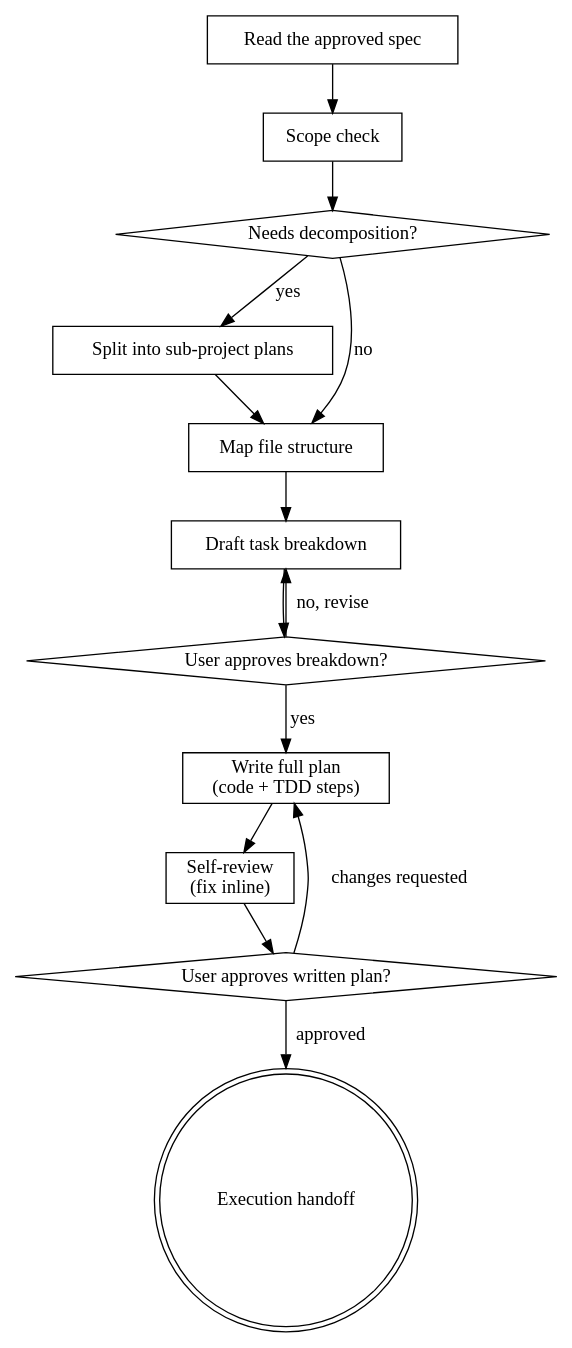
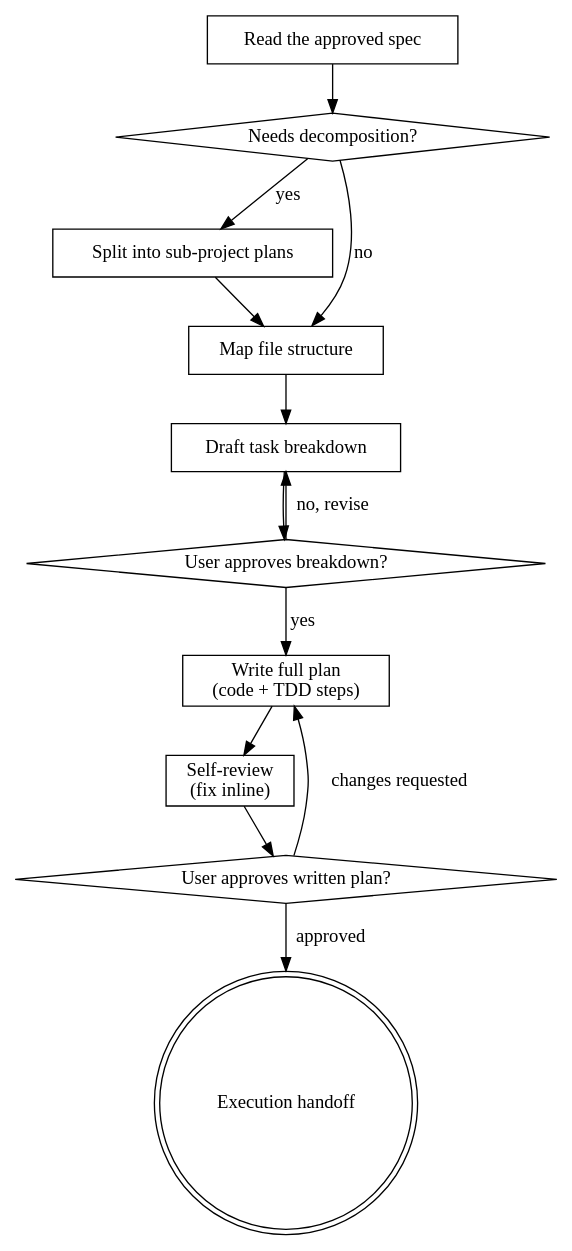
The diagram in .claude/skills/writing-plans/SKILL.md (vikasvijigiri/capability-layer), drawn with Graphviz before and after one commit. The commit also changed other lines of this file and 210 other files, not shown here.

````diff
--- a/.claude/skills/writing-plans/SKILL.md
+++ b/.claude/skills/writing-plans/SKILL.md
@@ -64,29 +204,27 @@
 ```dot
 digraph writing_plans {
     "Read the approved spec" [shape=box];
-    "Scope check" [shape=box];
     "Needs decomposition?" [shape=diamond];
     "Split into sub-project plans" [shape=box];
     "Map file structure" [shape=box];
     "Draft task breakdown" [shape=box];
     "User approves breakdown?" [shape=diamond];
     "Write full plan\n(code + TDD steps)" [shape=box];
     "Self-review\n(fix inline)" [shape=box];
     "User approves written plan?" [shape=diamond];
     "Execution handoff" [shape=doublecircle];
 
-    "Read the approved spec" -> "Scope check";
-    "Scope check" -> "Needs decomposition?";
+    "Read the approved spec" -> "Needs decomposition?";
     "Needs decomposition?" -> "Split into sub-project plans" [label="yes"];
     "Split into sub-project plans" -> "Map file structure";
     "Needs decomposition?" -> "Map file structure" [label="no"];
     "Map file structure" -> "Draft task breakdown";
     "Draft task breakdown" -> "User approves breakdown?";
     "User approves breakdown?" -> "Draft task breakdown" [label="no, revise"];
     "User approves breakdown?" -> "Write full plan\n(code + TDD steps)" [label="yes"];
     "Write full plan\n(code + TDD steps)" -> "Self-review\n(fix inline)";
     "Self-review\n(fix inline)" -> "User approves written plan?";
     "User approves written plan?" -> "Write full plan\n(code + TDD steps)" [label="changes requested"];
     "User approves written plan?" -> "Execution handoff" [label="approved"];
 }
 ```
````
